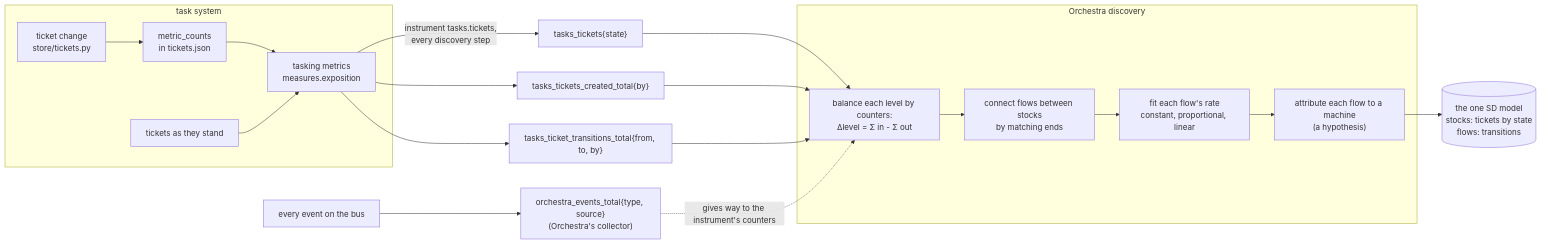
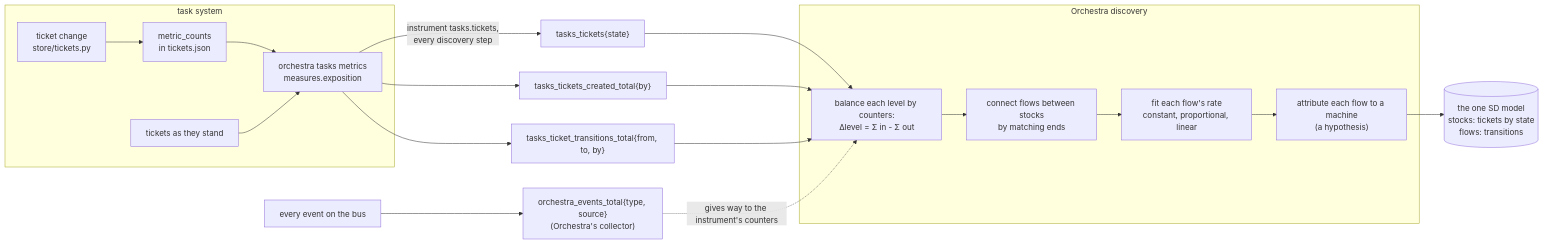
One commit to danroblewis/orchestra-tasking changed the eighth of 8 diagrams in ARCHITECTURE.md. Above: the diagram before and after it, drawn with Mermaid. The commit also changed other lines of this file and 23 other files, not shown here.

First line of the commit message:
Command line under Orchestra's: `orchestra tasks ...`, no `tasking` script

````diff
--- a/ARCHITECTURE.md
+++ b/ARCHITECTURE.md
@@ -937,24 +937,24 @@
 ```mermaid
 flowchart LR
     subgraph tasking ["task system"]
         CH["ticket change<br/>store/tickets.py"] --> MC["metric_counts<br/>in tickets.json"]
-        MC --> EX["tasking metrics<br/>measures.exposition"]
+        MC --> EX["orchestra tasks metrics<br/>measures.exposition"]
         TJ["tickets as they stand"] --> EX
     end
     EX -- "instrument tasks.tickets,<br/>every discovery step" --> L["tasks_tickets{state}"]
     EX --> C1["tasks_tickets_created_total{by}"]
     EX --> C2["tasks_ticket_transitions_total{from, to, by}"]
     EV["every event on the bus"] --> OE["orchestra_events_total{type, source}<br/>(Orchestra's collector)"]
     subgraph orch ["Orchestra discovery"]
         BAL["balance each level by counters:<br/>Δlevel = Σ in - Σ out"]
         FL["connect flows between stocks<br/>by matching ends"]
         FIT["fit each flow's rate<br/>constant, proportional, linear"]
         ATT["attribute each flow to a machine<br/>(a hypothesis)"]
         BAL --> FL --> FIT --> ATT
     end
     L --> BAL
     C1 --> BAL
     C2 --> BAL
     OE -. gives way to the instrument's counters .-> BAL
     ATT --> MODEL[("the one SD model<br/>stocks: tickets by state<br/>flows: transitions")]
 ```
````
